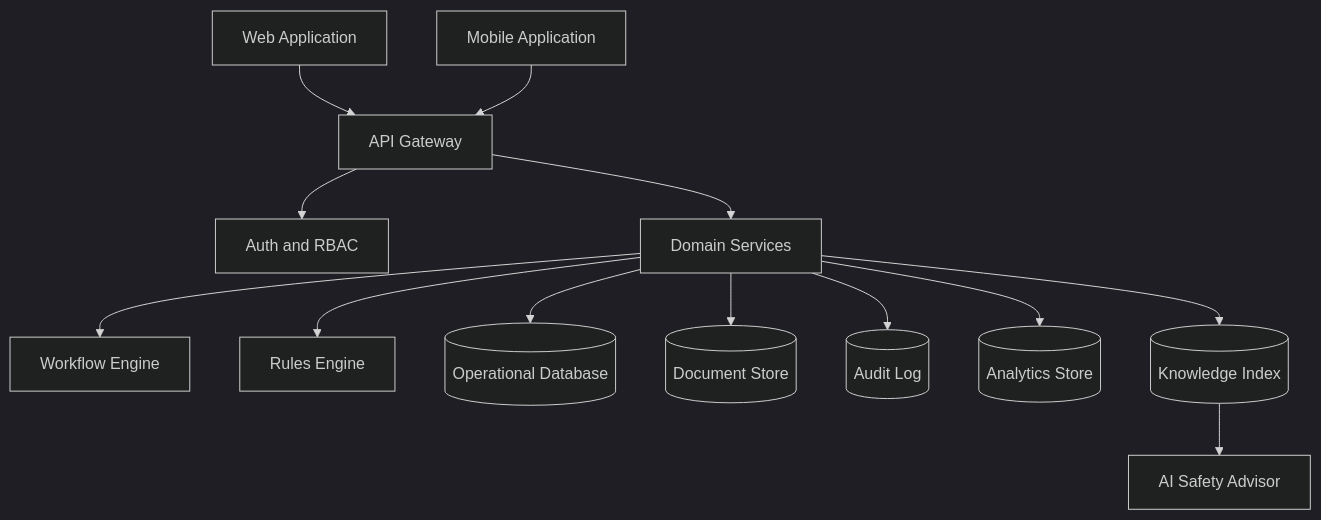
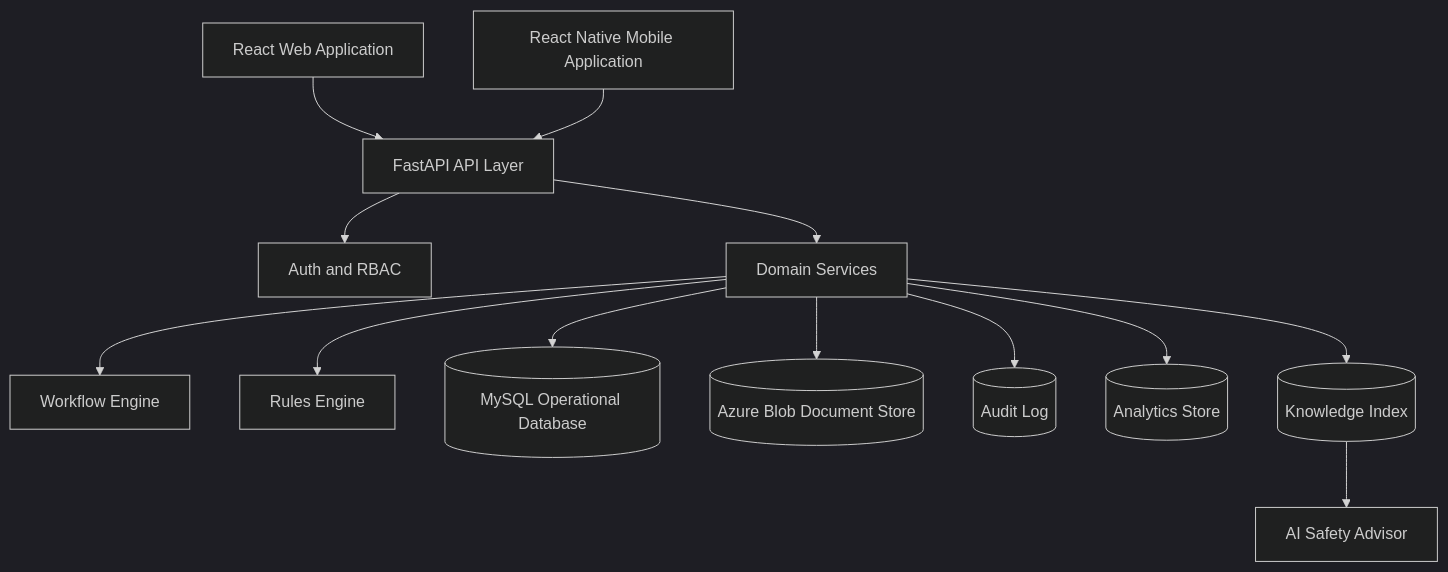
The third of 3 diagrams in docs/04_Design/15_High_Level_Design.md (Nandan222001/health_smart_engage), drawn with Mermaid (dark theme) before and after one commit. The commit also changed other lines of this file and 4 other files, not shown here.

````diff
--- a/docs/04_Design/15_High_Level_Design.md
+++ b/docs/04_Design/15_High_Level_Design.md
@@ -117,15 +151,15 @@
 ```mermaid
 flowchart TB
-    Web[Web Application] --> Gateway[API Gateway]
-    Mobile[Mobile Application] --> Gateway
+    Web[React Web Application] --> Gateway[FastAPI API Layer]
+    Mobile[React Native Mobile Application] --> Gateway
     Gateway --> Auth[Auth and RBAC]
     Gateway --> Services[Domain Services]
     Services --> Workflow[Workflow Engine]
     Services --> Rules[Rules Engine]
-    Services --> DB[(Operational Database)]
-    Services --> Files[(Document Store)]
+    Services --> DB[(MySQL Operational Database)]
+    Services --> Files[(Azure Blob Document Store)]
     Services --> Audit[(Audit Log)]
     Services --> Analytics[(Analytics Store)]
     Services --> Knowledge[(Knowledge Index)]
     Knowledge --> Advisor[AI Safety Advisor]
 ```
````
